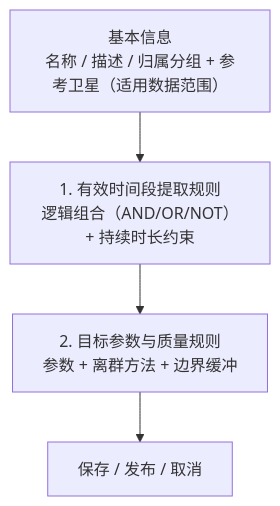
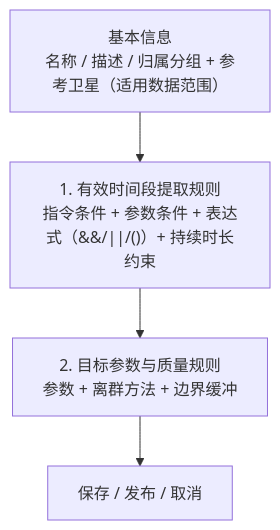
Before and after one commit to supertsingbo-art/SatelliteDataAnalytics: the sixth of 17 diagrams in design/详细设计文档_卫星测试数据预处理与数据分析平台_V2.0.md, drawn with Mermaid. The commit also changed other lines of this file and 18 other files, not shown here.

````diff
--- a/design/详细设计文档_卫星测试数据预处理与数据分析平台_V2.0.md
+++ b/design/详细设计文档_卫星测试数据预处理与数据分析平台_V2.0.md
@@ -1343,8 +1343,8 @@
 ```mermaid
 flowchart TB
     A["基本信息<br/>名称 / 描述 / 归属分组 + 参考卫星（适用数据范围）"]
-    B["1. 有效时间段提取规则<br/>逻辑组合（AND/OR/NOT）+ 持续时长约束"]
+    B["1. 有效时间段提取规则<br/>指令条件 + 参数条件 + 表达式（&&/||/()）+ 持续时长约束"]
     C["2. 目标参数与质量规则<br/>参数 + 离群方法 + 边界缓冲"]
     D["保存 / 发布 / 取消"]
     A --> B --> C --> D
 ```
````
